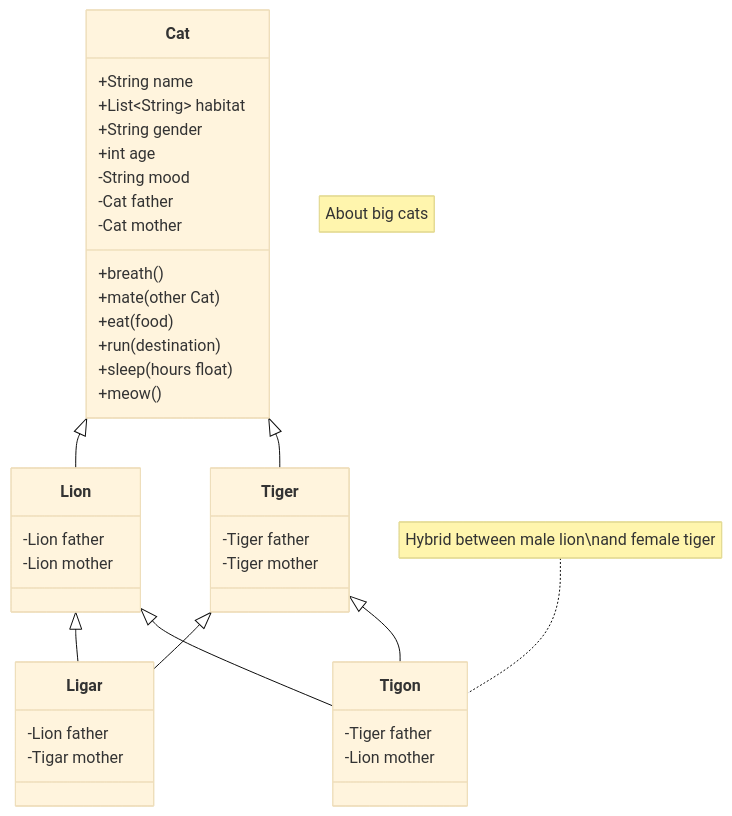
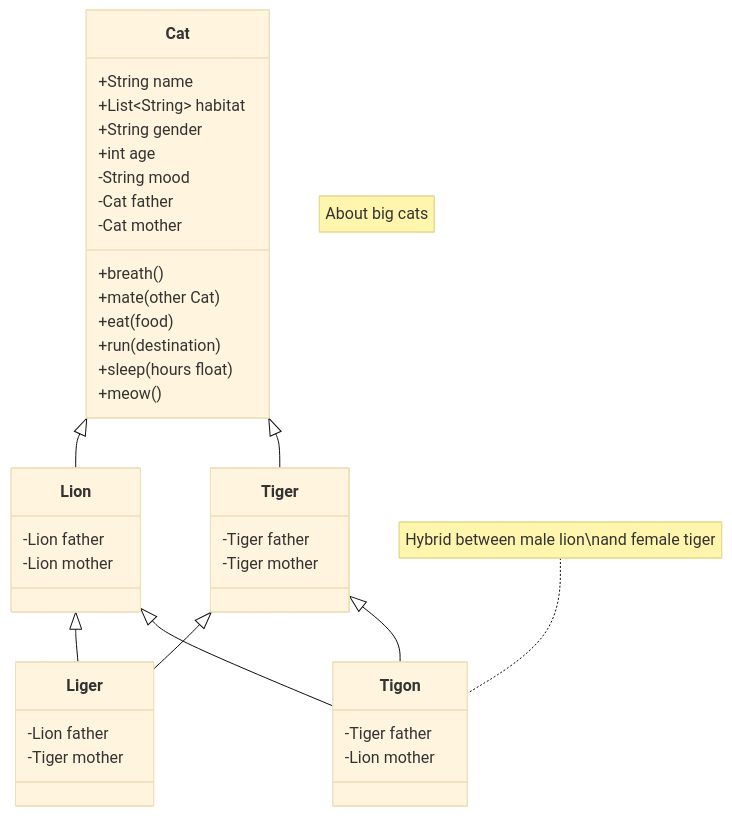
One commit to kandolfp/MECH-M-DUAL-1-SWD changed the first of 7 diagrams in oop/index.qmd. Above: the diagram before and after it, drawn with Mermaid (base theme). The commit also changed other lines of this file, not shown here.

````diff
--- a/oop/index.qmd
+++ b/oop/index.qmd
@@ -268,41 +268,41 @@
 ```{mermaid}
 %%| fig-cap: "Relationship between different classes"
 classDiagram
     note "About big cats"
     Cat <|-- Lion
     Cat <|-- Tiger
     note for Tigon "Hybrid between male lion\nand female tiger"
-    Tiger <|-- Ligar
-    Lion <|-- Ligar
+    Tiger <|-- Liger
+    Lion <|-- Liger
     Lion <|-- Tigon
     Tiger <|-- Tigon
     Cat : +String name
     Cat : +List~String~ habitat
     Cat : +String gender
     Cat : +int age
     Cat : -String mood
     Cat : -Cat father
     Cat : -Cat mother
     Cat : +breath()
     Cat : +mate(other Cat)
     Cat : +eat(food)
     Cat : +run(destination)
     Cat : +sleep(hours float)
     Cat : +meow()
-    class Ligar{
+    class Liger{
         -Lion father
-        -Tigar mother
+        -Tiger mother
     }
     class Tigon{
         -Tiger father
         -Lion mother
     }
     class Lion{
         -Lion father
         -Lion mother
     }
     class Tiger{
         -Tiger father
         -Tiger mother
     }
 ```
````
